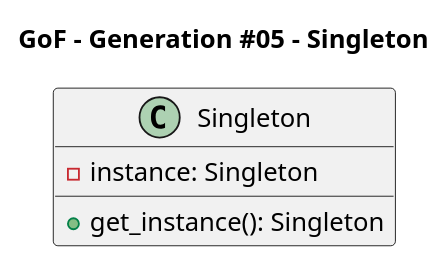
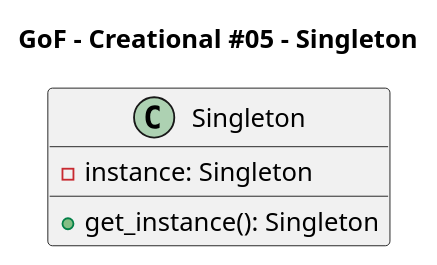
One commit to Takayoshi-Matsuyama/design_patterns changed the diagram in GoF/GoF_cr05_singleton.puml. Above: the diagram before and after it, drawn with PlantUML. The commit also changed 36 other files, not shown here.

Commit message:
GoF - Class Diagrams

```diff
--- a/GoF/GoF_cr05_singleton.puml
+++ b/GoF/GoF_cr05_singleton.puml
@@ -1,23 +1,23 @@
 @startuml gof_singleton
 
 'Copyright 2026 Takayoshi Matsuyama
 '
 'Licensed under the Apache License, Version 2.0 (the "License");
 'you may not use this file except in compliance with the License.
 'You may obtain a copy of the License at
 '
 '    http://www.apache.org/licenses/LICENSE-2.0
 '
 'Unless required by applicable law or agreed to in writing, software
 'distributed under the License is distributed on an "AS IS" BASIS,
 'WITHOUT WARRANTIES OR CONDITIONS OF ANY KIND, either express or implied.
 'See the License for the specific language governing permissions and
 'limitations under the License.
 
-title GoF - Generation #05 - Singleton
+title GoF - Creational #05 - Singleton
 
 class Singleton {
     -instance: Singleton
     +get_instance(): Singleton
 }
 @enduml
```
